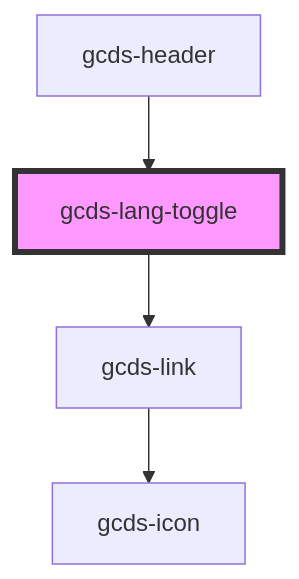
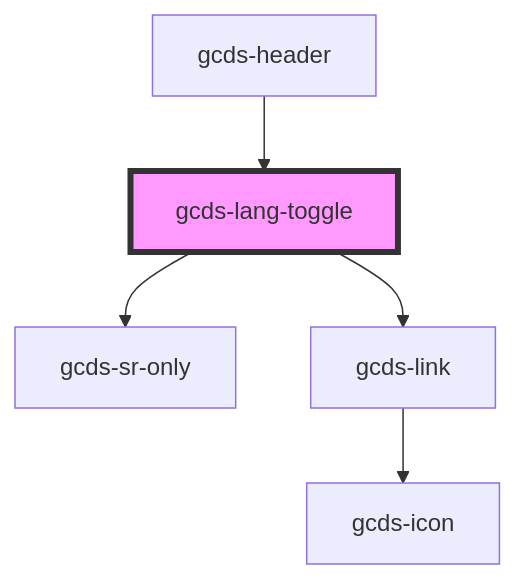
One commit to cds-snc/gcds-components changed the diagram in packages/web/src/components/gcds-lang-toggle/readme.md. Above: the diagram before and after it, drawn with Mermaid. The commit also changed other lines of this file and 11 other files, not shown here.

````diff
--- a/packages/web/src/components/gcds-lang-toggle/readme.md
+++ b/packages/web/src/components/gcds-lang-toggle/readme.md
@@ -26,7 +27,8 @@
 ```mermaid
 graph TD;
+  gcds-lang-toggle --> gcds-sr-only
   gcds-lang-toggle --> gcds-link
   gcds-link --> gcds-icon
   gcds-header --> gcds-lang-toggle
   style gcds-lang-toggle fill:#f9f,stroke:#333,stroke-width:4px
 ```
````
